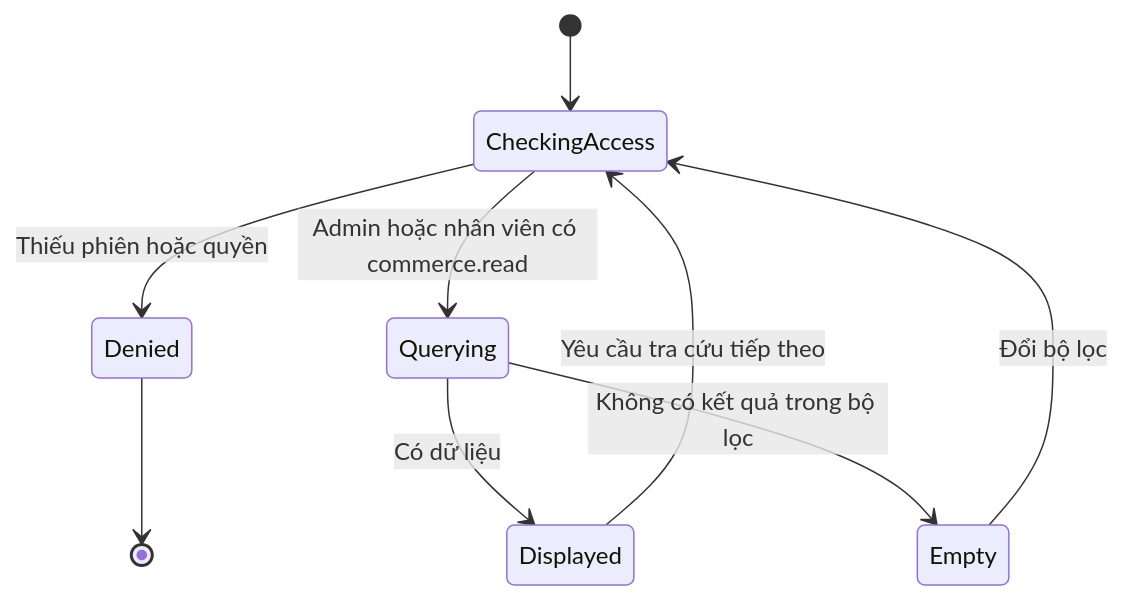
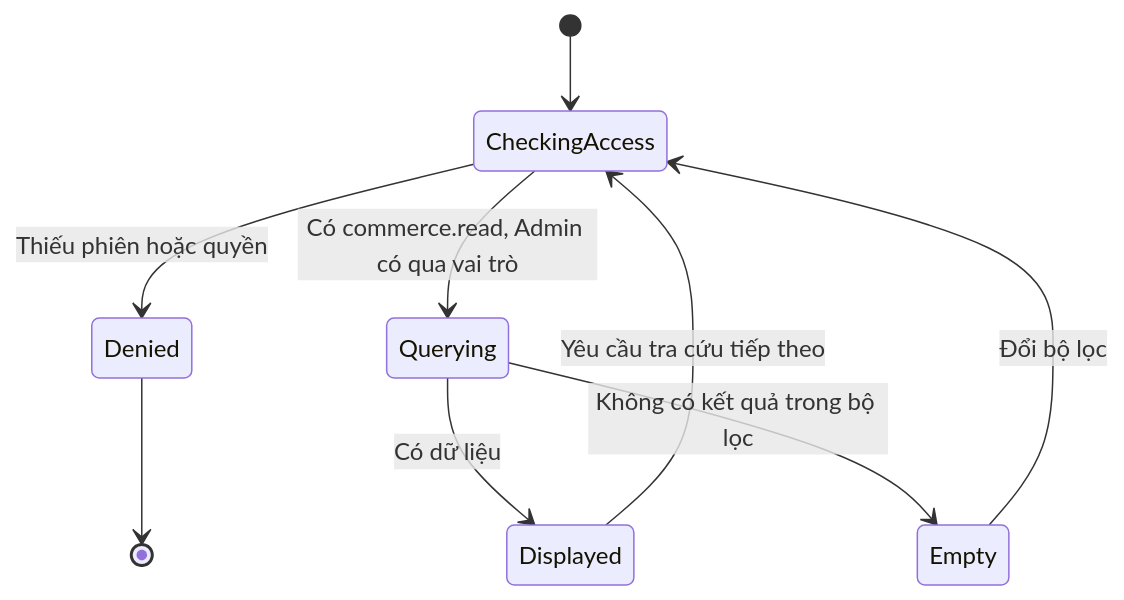
The fourth of 5 diagrams in tdd/TDD-PAY-002.md (TaskCoper/bmt-documentation), drawn with Mermaid before and after one commit. The commit also changed other lines of this file and 19 other files, not shown here.

````diff
--- a/tdd/TDD-PAY-002.md
+++ b/tdd/TDD-PAY-002.md
@@ -159,11 +159,11 @@
 ```mermaid
 stateDiagram-v2
     [*] --> CheckingAccess
     CheckingAccess --> Denied: Thiếu phiên hoặc quyền
-    CheckingAccess --> Querying: Admin hoặc nhân viên có commerce.read
+    CheckingAccess --> Querying: Có commerce.read, Admin có qua vai trò
     Querying --> Displayed: Có dữ liệu
     Querying --> Empty: Không có kết quả trong bộ lọc
     Displayed --> CheckingAccess: Yêu cầu tra cứu tiếp theo
     Empty --> CheckingAccess: Đổi bộ lọc
     Denied --> [*]
 ```
````
